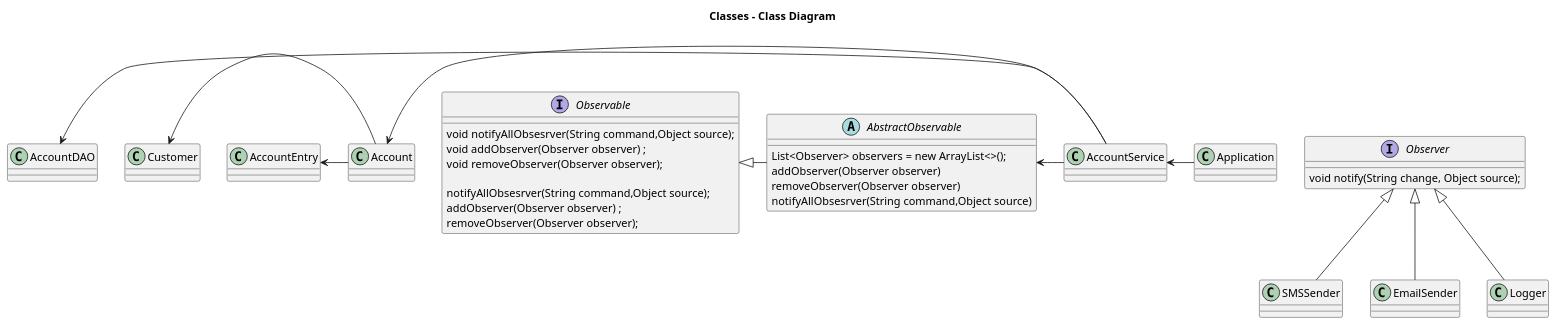
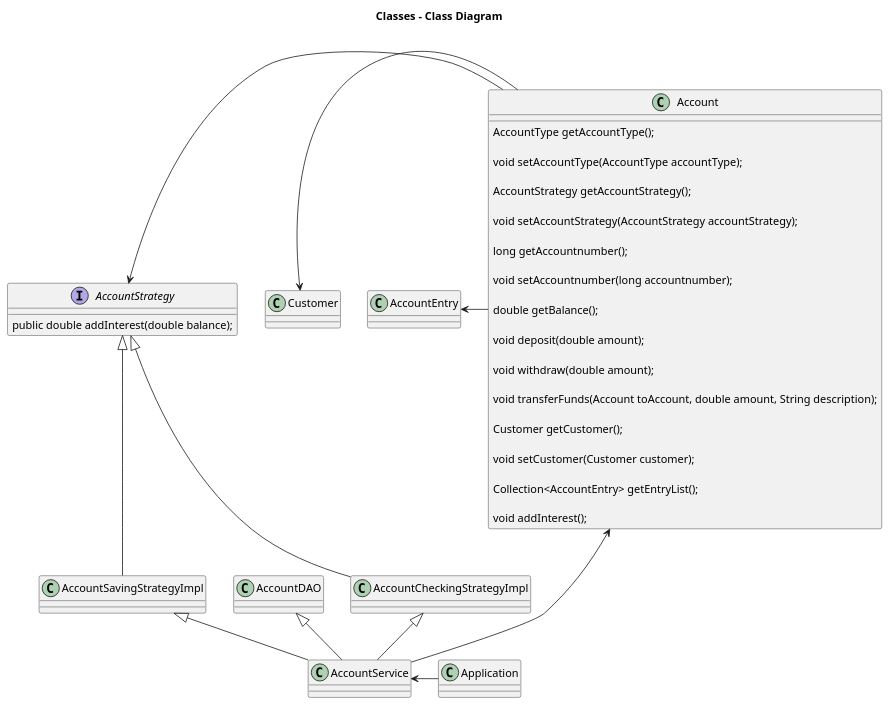
Before and after one commit to maxiplux/BankProject: the diagram in src/bank/docs/class.puml, drawn with PlantUML. The commit also changed 14 other files, not shown here.

```diff
--- a/src/bank/docs/class.puml
+++ b/src/bank/docs/class.puml
@@ -1,62 +1,75 @@
 @startuml
 
 title Classes - Class Diagram
 
 
 
 class AccountDAO
 class AccountService
 class Application
-class Account
+
 class Customer
 class AccountEntry
+class Account {
 
-abstract class AbstractObservable{
-     List<Observer> observers = new ArrayList<>();
-     addObserver(Observer observer)
-     removeObserver(Observer observer)
-     notifyAllObsesrver(String command,Object source)
+
+
+
+
+    AccountType getAccountType();
+
+    void setAccountType(AccountType accountType);
+
+    AccountStrategy getAccountStrategy();
+
+    void setAccountStrategy(AccountStrategy accountStrategy);
+
+    long getAccountnumber();
+
+    void setAccountnumber(long accountnumber);
+
+    double getBalance();
+
+    void deposit(double amount);
+
+    void withdraw(double amount);
+
+    void transferFunds(Account toAccount, double amount, String description);
+
+    Customer getCustomer();
+
+    void setCustomer(Customer customer);
+
+    Collection<AccountEntry> getEntryList();
+
+    void addInterest();
+
+
 
 
 }
 
-interface Observable {
-     void notifyAllObsesrver(String command,Object source);
-     void addObserver(Observer observer) ;
-     void removeObserver(Observer observer);
+ interface AccountStrategy {
+    public double addInterest(double balance);
+}
+AccountStrategy <|-- AccountCheckingStrategyImpl
+AccountStrategy <|-- AccountSavingStrategyImpl
 
-}
-
-interface Observer {
-     void notify(String change, Object source);
-}
+AccountCheckingStrategyImpl <|-- AccountService
+AccountSavingStrategyImpl <|-- AccountService
 
 
-interface Observable {
-    notifyAllObsesrver(String command,Object source);
-     addObserver(Observer observer) ;
-     removeObserver(Observer observer);
-}
+AccountDAO <|-- AccountService
+Account <- AccountService
+AccountStrategy <- Account
+Customer <- Account
+AccountEntry <- Account
 
 
 
-AccountDAO <- AccountService
-Account <- AccountService
-Customer <- Account
-AccountEntry <- Account
 
-Observable <|- AbstractObservable
+AccountService <- Application
 
-AbstractObservable <-  AccountService
-AccountService <- Application
-class SMSSender
-class EmailSender
-class Logger
-
-
-Observer <|-- SMSSender
-Observer <|-- EmailSender
-Observer <|-- Logger
 
 
 @enduml
```
